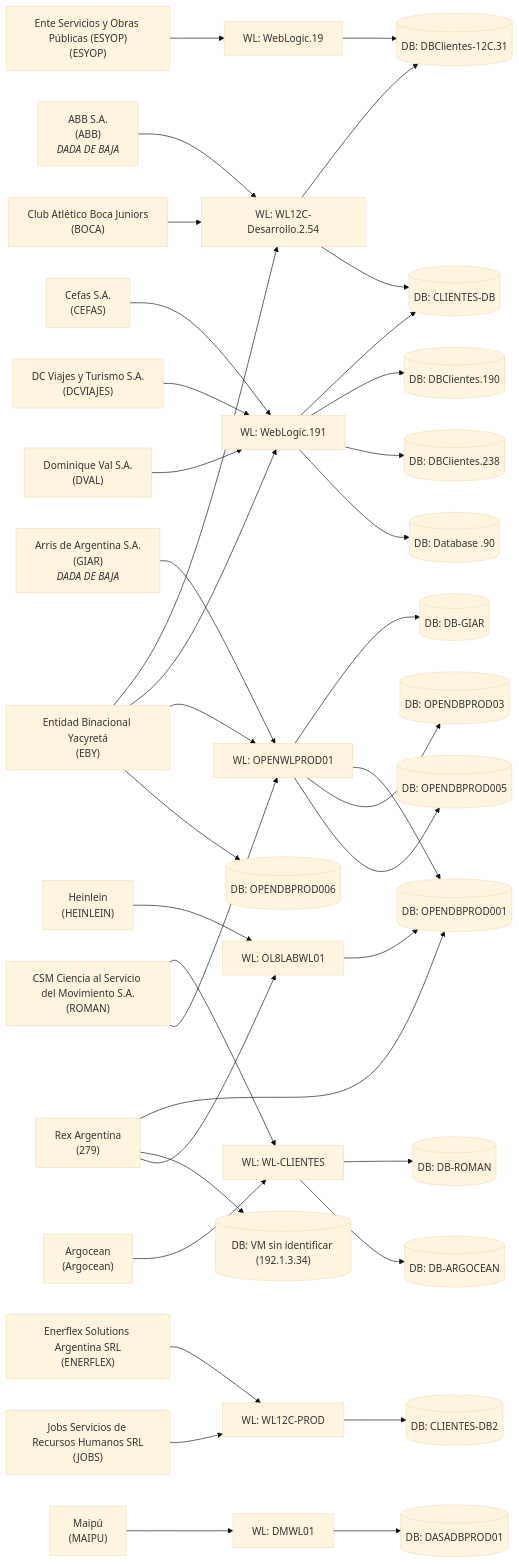
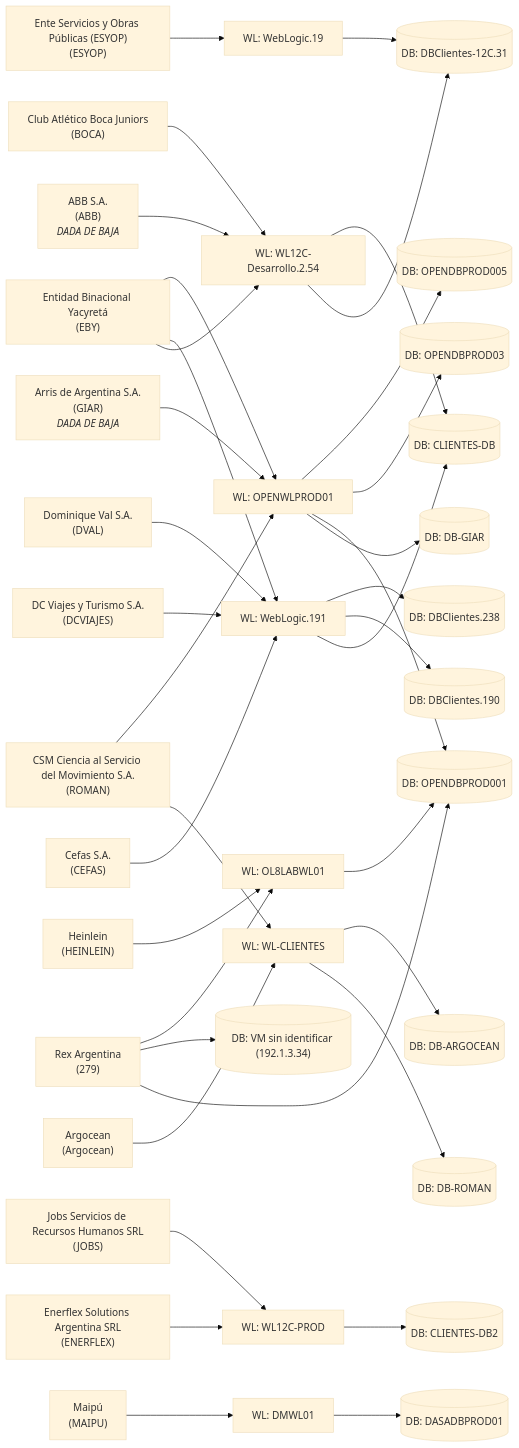
The first of 2 diagrams in infra/topology.md (gianfranco-s/smartsouth-opensolutions), drawn with Mermaid (base theme) before and after one commit. The commit also changed other lines of this file and 18 other files, not shown here.

````diff
--- a/infra/topology.md
+++ b/infra/topology.md
@@ -13,78 +15,74 @@
 ```mermaid
 flowchart LR
   n_ABB["ABB S.A.<br/>(ABB)<br/><i>DADA DE BAJA</i>"]
   n_WL12C_Desarrollo_2_54["WL: WL12C-Desarrollo.2.54"]
   n_DBClientes_12C_31[("DB: DBClientes-12C.31")]
   n_DBClientes_190[("DB: DBClientes.190")]
   n_GIAR["Arris de Argentina S.A.<br/>(GIAR)<br/><i>DADA DE BAJA</i>"]
   n_OPENWLPROD01["WL: OPENWLPROD01"]
   n_DB_GIAR[("DB: DB-GIAR")]
   n_OPENDBPROD001[("DB: OPENDBPROD001")]
   n_CEFAS["Cefas S.A.<br/>(CEFAS)"]
   n_WebLogic_191["WL: WebLogic.191"]
   n_CLIENTES_DB[("DB: CLIENTES-DB")]
   n_BOCA["Club Atlético Boca Juniors<br/>(BOCA)"]
   n_ROMAN["CSM Ciencia al Servicio del Movimiento S.A.<br/>(ROMAN)"]
   n_WL_CLIENTES["WL: WL-CLIENTES"]
   n_DB_ROMAN[("DB: DB-ROMAN")]
   n_OPENDBPROD03[("DB: OPENDBPROD03")]
   n_DCVIAJES["DC Viajes y Turismo S.A.<br/>(DCVIAJES)"]
   n_DVAL["Dominique Val S.A.<br/>(DVAL)"]
   n_DBClientes_238[("DB: DBClientes.238")]
   n_ENERFLEX["Enerflex Solutions Argentina SRL<br/>(ENERFLEX)"]
   n_WL12C_PROD["WL: WL12C-PROD"]
   n_CLIENTES_DB2[("DB: CLIENTES-DB2")]
   n_ESYOP["Ente Servicios y Obras Públicas (ESYOP)<br/>(ESYOP)"]
   n_WebLogic_19["WL: WebLogic.19"]
   n_EBY["Entidad Binacional Yacyretá<br/>(EBY)"]
-  n_Database__90[("DB: Database .90")]
   n_OPENDBPROD005[("DB: OPENDBPROD005")]
-  n_OPENDBPROD006[("DB: OPENDBPROD006")]
   n_JOBS["Jobs Servicios de Recursos Humanos SRL<br/>(JOBS)"]
   n_HEINLEIN["Heinlein<br/>(HEINLEIN)"]
   n_OL8LABWL01["WL: OL8LABWL01"]
   n_MAIPU["Maipú<br/>(MAIPU)"]
   n_DMWL01["WL: DMWL01"]
   n_DASADBPROD01[("DB: DASADBPROD01")]
   n_279["Rex Argentina<br/>(279)"]
   n_192_1_3_34[("DB: VM sin identificar (192.1.3.34)")]
   n_Argocean["Argocean<br/>(Argocean)"]
   n_DB_ARGOCEAN[("DB: DB-ARGOCEAN")]
   n_ABB --> n_WL12C_Desarrollo_2_54
   n_WL12C_Desarrollo_2_54 --> n_DBClientes_12C_31
   n_GIAR --> n_OPENWLPROD01
   n_OPENWLPROD01 --> n_DB_GIAR
   n_OPENWLPROD01 --> n_OPENDBPROD001
   n_CEFAS --> n_WebLogic_191
   n_WebLogic_191 --> n_CLIENTES_DB
   n_BOCA --> n_WL12C_Desarrollo_2_54
   n_WL12C_Desarrollo_2_54 --> n_CLIENTES_DB
   n_ROMAN --> n_WL_CLIENTES
   n_WL_CLIENTES --> n_DB_ROMAN
   n_ROMAN --> n_OPENWLPROD01
   n_OPENWLPROD01 --> n_OPENDBPROD03
   n_DCVIAJES --> n_WebLogic_191
   n_WebLogic_191 --> n_DBClientes_190
   n_DVAL --> n_WebLogic_191
   n_WebLogic_191 --> n_DBClientes_238
   n_ENERFLEX --> n_WL12C_PROD
   n_WL12C_PROD --> n_CLIENTES_DB2
   n_ESYOP --> n_WebLogic_19
   n_WebLogic_19 --> n_DBClientes_12C_31
   n_EBY --> n_WL12C_Desarrollo_2_54
   n_EBY --> n_WebLogic_191
-  n_WebLogic_191 --> n_Database__90
   n_EBY --> n_OPENWLPROD01
   n_OPENWLPROD01 --> n_OPENDBPROD005
-  n_EBY --> n_OPENDBPROD006
   n_JOBS --> n_WL12C_PROD
   n_HEINLEIN --> n_OL8LABWL01
   n_OL8LABWL01 --> n_OPENDBPROD001
   n_MAIPU --> n_DMWL01
   n_DMWL01 --> n_DASADBPROD01
   n_279 --> n_OPENDBPROD001
   n_279 --> n_192_1_3_34
   n_279 --> n_OL8LABWL01
   n_Argocean --> n_WL_CLIENTES
   n_WL_CLIENTES --> n_DB_ARGOCEAN
 ```
````
